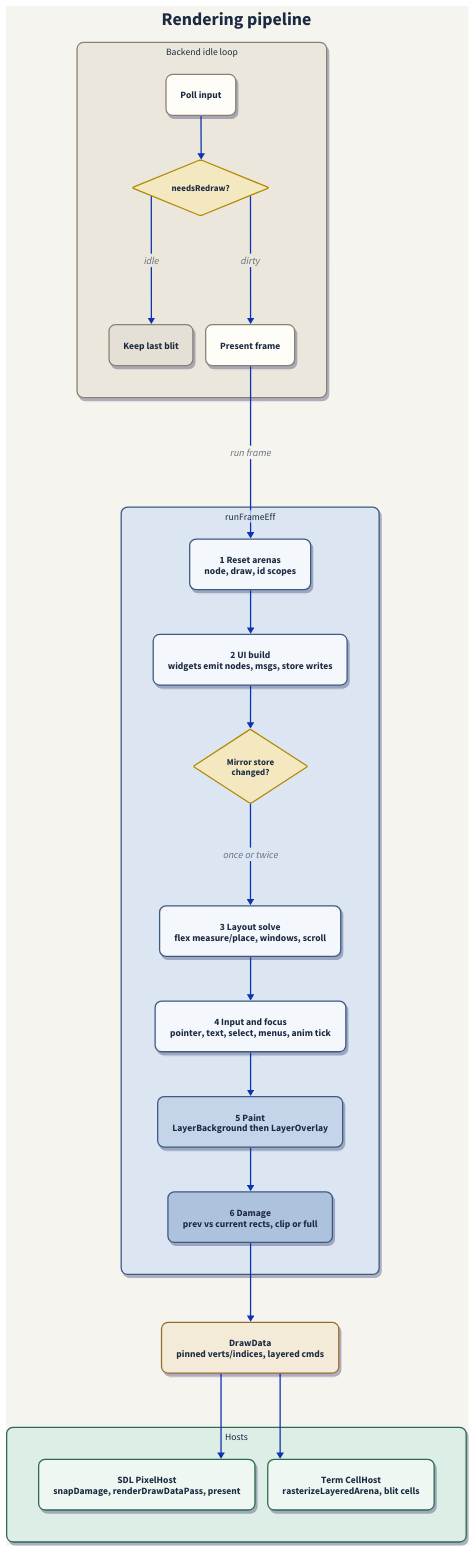
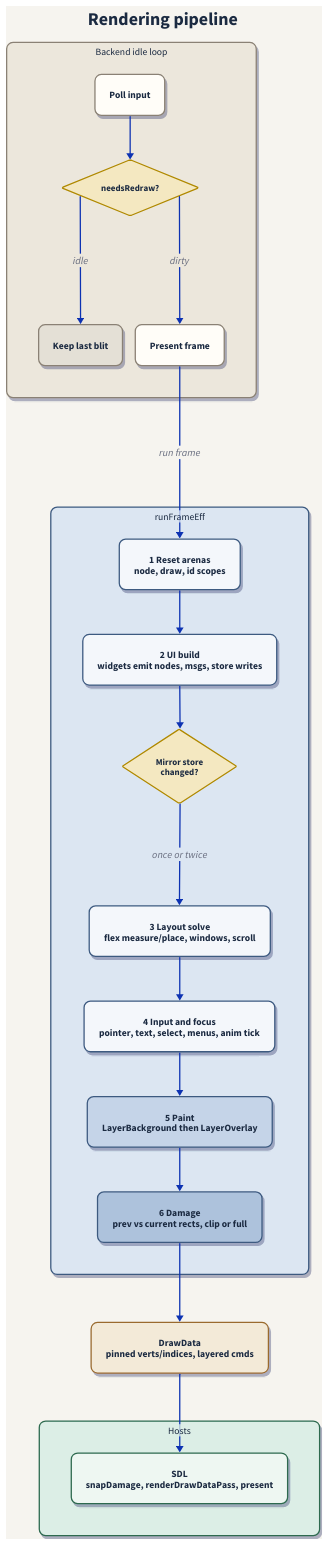
The diagram in docs/rendering-pipeline.d2 (goolord/nano-ui), drawn with D2 before and after one commit. The commit also changed 120 other files, not shown here.

```diff
--- a/docs/rendering-pipeline.d2
+++ b/docs/rendering-pipeline.d2
@@ -1,138 +1,132 @@
 # One runFrame cycle, then backend present when needsRedraw is true.
 # Render: d2 docs/rendering-pipeline.d2 docs/rendering-pipeline.svg
 
 vars: {
   d2-config: {
     layout-engine: elk
     pad: 48
   }
 }
 
 direction: down
 
 classes: {
   box: {
     style: {
       border-radius: 10
       font-size: 15
       font-color: "#1b2a41"
       stroke-width: 2
       shadow: true
     }
   }
   gate: {
     shape: diamond
     style: {
       font-size: 14
       font-color: "#1b2a41"
       fill: "#f4e8c1"
       stroke: "#b08900"
       stroke-width: 2
     }
   }
 }
 
 style.fill: "#f6f4ef"
 style.stroke: "#f6f4ef"
 
 heading: {
   label: Rendering pipeline
   near: top-center
   shape: text
   style: {
     font-size: 28
     bold: true
     font-color: "#1b2a41"
   }
 }
 
 idle: Backend idle loop {
   class: box
   style.fill: "#ece7dc"
   style.stroke: "#8a8174"
   direction: down
 
   poll: Poll input { class: box; style.fill: "#fffdf8"; style.stroke: "#8a8174" }
   gate: needsRedraw? { class: gate }
   skip: Keep last blit { class: box; style.fill: "#e4e0d6"; style.stroke: "#8a8174" }
   present: Present frame { class: box; style.fill: "#fffdf8"; style.stroke: "#8a8174" }
 
   poll -> gate
   gate -> skip: idle
   gate -> present: dirty
 }
 
 frame: runFrameEff {
   class: box
   style.fill: "#dce6f2"
   style.stroke: "#3d5a80"
   direction: down
 
   reset: "1  Reset arenas\nnode, draw, id scopes" {
     class: box
     style.fill: "#f4f7fb"
     style.stroke: "#3d5a80"
   }
   build: "2  UI build\nwidgets emit nodes, msgs, store writes" {
     class: box
     style.fill: "#f4f7fb"
     style.stroke: "#3d5a80"
   }
   mirror: "Mirror store\nchanged?" {
     class: gate
   }
   layout: "3  Layout solve\nflex measure/place, windows, scroll" {
     class: box
     style.fill: "#f4f7fb"
     style.stroke: "#3d5a80"
   }
   input: "4  Input and focus\npointer, text, select, menus, anim tick" {
     class: box
     style.fill: "#f4f7fb"
     style.stroke: "#3d5a80"
   }
   paint: "5  Paint\nLayerBackground then LayerOverlay" {
     class: box
     style.fill: "#c5d4e8"
     style.stroke: "#3d5a80"
   }
   damage: "6  Damage\nprev vs current rects, clip or full" {
     class: box
     style.fill: "#adc2dc"
     style.stroke: "#3d5a80"
   }
 
   reset -> build
   build -> mirror
   mirror -> layout: once or twice
   layout -> input -> paint -> damage
 }
 
 drawdata: "DrawData\npinned verts/indices, layered cmds" {
   class: box
   style.fill: "#f3ead8"
   style.stroke: "#9a6b2f"
 }
 
 hosts: Hosts {
   class: box
   style.fill: "#dceee6"
   style.stroke: "#2d6a4f"
   direction: right
 
-  sdl: "SDL  PixelHost\nsnapDamage, renderDrawDataPass, present" {
-    class: box
-    style.fill: "#eef7f2"
-    style.stroke: "#2d6a4f"
-  }
-  term: "Term  CellHost\nrasterizeLayeredArena, blit cells" {
+  sdl: "SDL\nsnapDamage, renderDrawDataPass, present" {
     class: box
     style.fill: "#eef7f2"
     style.stroke: "#2d6a4f"
   }
 }
 
 idle.present -> frame.reset: run frame
 frame.damage -> drawdata
 drawdata -> hosts.sdl
-drawdata -> hosts.term
```
